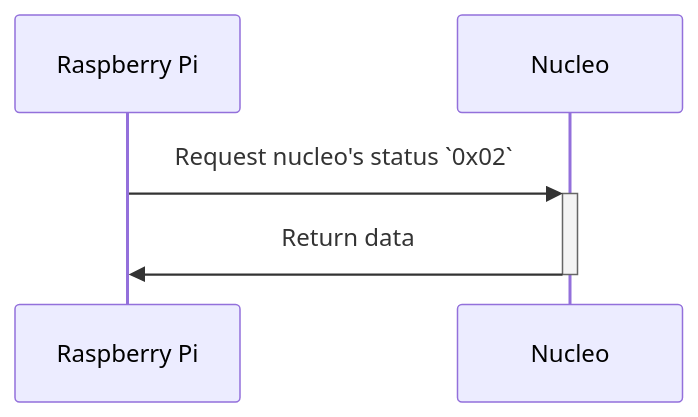
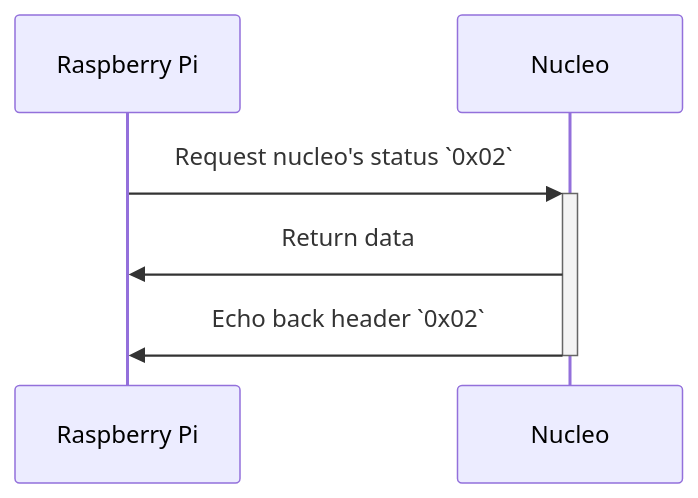
One commit to rogy-AquaLab/2024_umiusi_nucleo changed the third of 6 diagrams in README.md. Above: the diagram before and after it, drawn with Mermaid. The commit also changed other lines of this file, not shown here.

````diff
--- a/README.md
+++ b/README.md
@@ -24,7 +26,8 @@
 ```mermaid
 sequenceDiagram
     participant RPi as Raspberry Pi
     participant N as Nucleo
     RPi ->>+ N: Request nucleo's status `0x02`
-    N ->>- RPi: Return data
+    N ->> RPi: Return data
+    N ->>- RPi: Echo back header `0x02`
 ```
````
